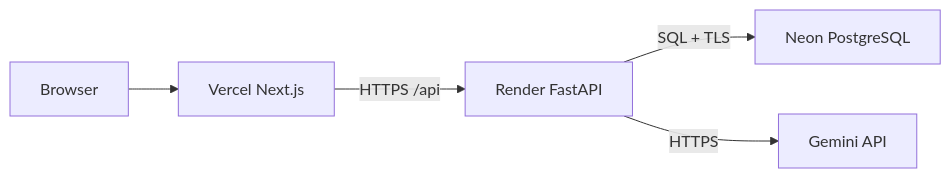
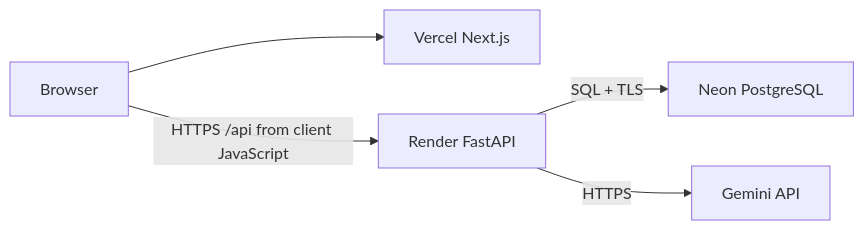
The diagram in README.md (pavanpatil76005/AI-Multitask-Chatbot-), drawn with Mermaid before and after one commit. The commit also changed other lines of this file and 5 other files, not shown here.

````diff
--- a/README.md
+++ b/README.md
@@ -41,7 +41,7 @@
 ```mermaid
 flowchart LR
     B[Browser] --> V[Vercel Next.js]
-    V -->|HTTPS /api| R[Render FastAPI]
+    B -->|HTTPS /api from client JavaScript| R[Render FastAPI]
     R -->|SQL + TLS| N[Neon PostgreSQL]
     R -->|HTTPS| G[Gemini API]
 ```
````
